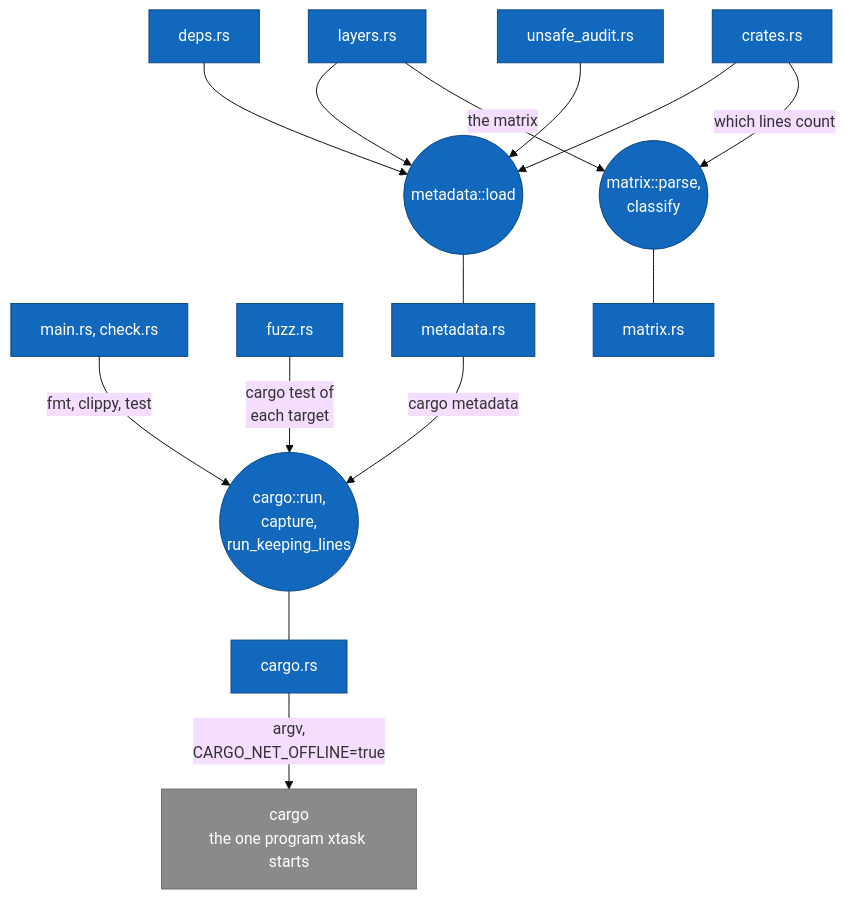
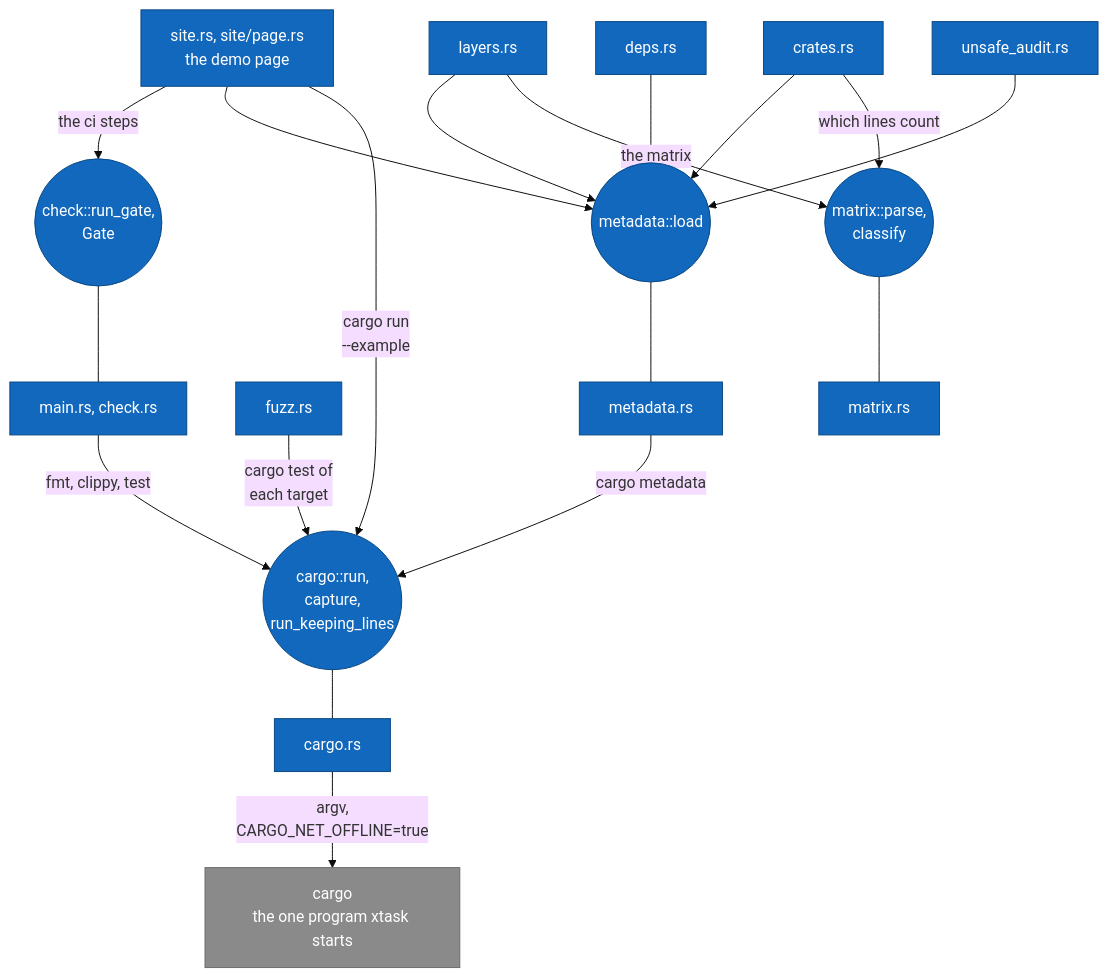
Before and after one commit to jabbott-iii/Tidepool: diagram 18 of 21 in diagrams/component-diagrams.md, drawn with Mermaid (base theme). The commit also changed other lines of this file and 38 other files, not shown here.

````diff
--- a/diagrams/component-diagrams.md
+++ b/diagrams/component-diagrams.md
@@ -984,38 +991,44 @@
 ```mermaid
 flowchart TB
     c_main["main.rs, check.rs"]
     c_deps["deps.rs"]
     c_layers["layers.rs"]
     c_crates["crates.rs"]
     c_unsafe["unsafe_audit.rs"]
     c_fuzz["fuzz.rs"]
+    c_site["site.rs, site/page.rs<br/>the demo page"]
+    i_gate(("check::run_gate,<br/>Gate"))
 
     i_meta(("metadata::load"))
     i_matrix(("matrix::parse,<br/>classify"))
     c_meta["metadata.rs"]
     c_matrix["matrix.rs"]
     i_cargo(("cargo::run,<br/>capture,<br/>run_keeping_lines"))
     c_cargo["cargo.rs"]
     e_cargo["cargo<br/>the one program xtask starts"]
 
     c_deps --> i_meta
     c_layers --> i_meta
     c_crates --> i_meta
     c_unsafe --> i_meta
     c_layers -->|"the matrix"| i_matrix
     c_crates -->|"which lines count"| i_matrix
     c_main -->|"fmt, clippy, test"| i_cargo
     c_fuzz -->|"cargo test of<br/>each target"| i_cargo
+    c_site -->|"the ci steps"| i_gate
+    i_gate --- c_main
+    c_site --> i_meta
+    c_site -->|"cargo run<br/>--example"| i_cargo
 
     i_meta --- c_meta
     i_matrix --- c_matrix
     c_meta -->|"cargo metadata"| i_cargo
     i_cargo --- c_cargo
     c_cargo -->|"argv,<br/>CARGO_NET_OFFLINE=true"| e_cargo
 
     classDef built fill:#1168bd,stroke:#0b4884,color:#ffffff
     classDef external fill:#8a8a8a,stroke:#6b6b6b,color:#ffffff
-    class c_main,c_deps,c_layers,c_crates,c_unsafe,c_fuzz,c_meta,c_matrix,c_cargo built
-    class i_meta,i_matrix,i_cargo built
+    class c_main,c_deps,c_layers,c_crates,c_unsafe,c_fuzz,c_site,c_meta,c_matrix,c_cargo built
+    class i_meta,i_matrix,i_cargo,i_gate built
     class e_cargo external
 ```
````
